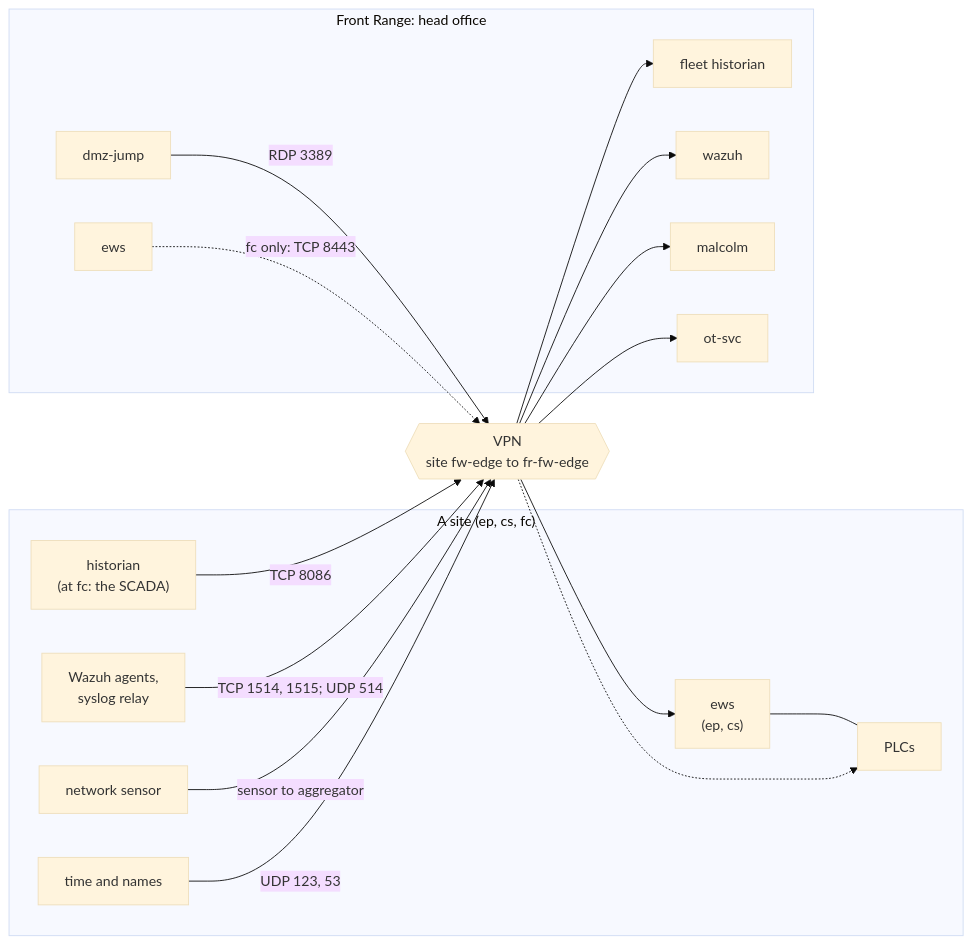
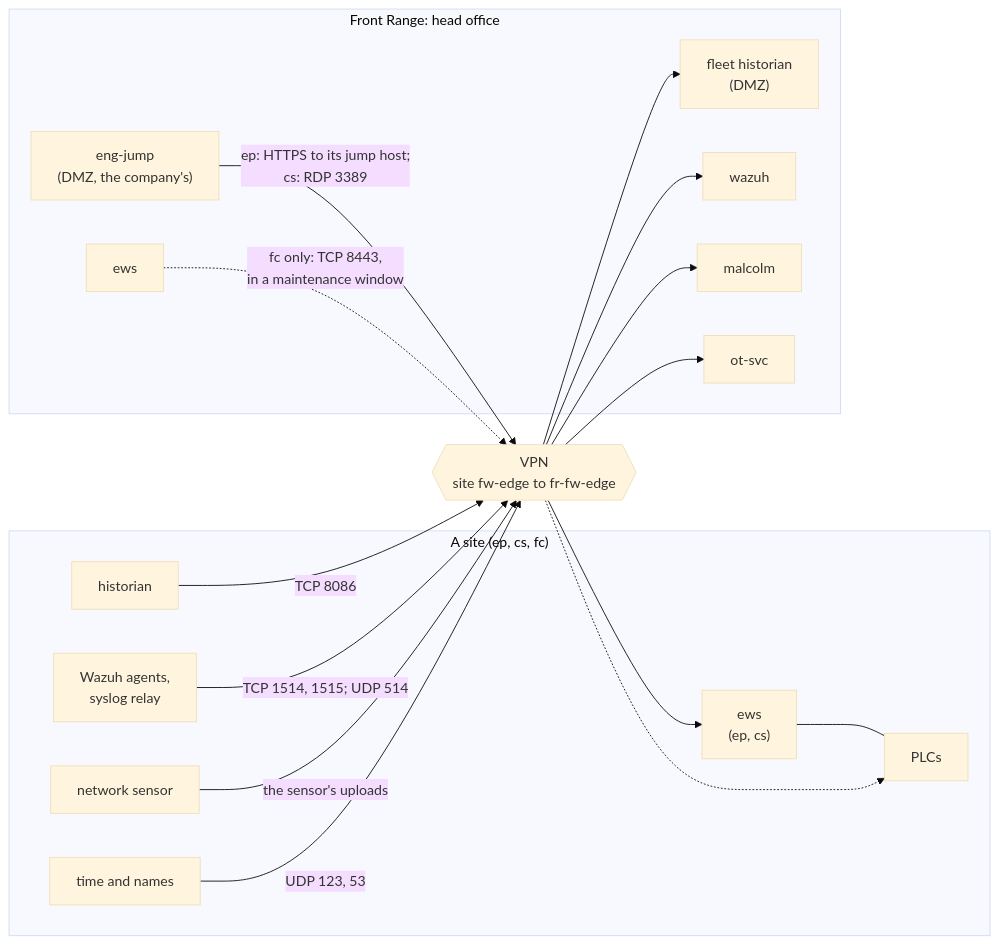
One commit to GhostofGoes/brew changed the sixth of 10 diagrams in docs/multisite/PLANS.md. Above: the diagram before and after it, drawn with Mermaid (base theme). The commit also changed other lines of this file and 2 other files, not shown here.

First line of the commit message:
docs(cherrymountain): revise the fleet plans after review, and add the regional analysis

````diff
--- a/docs/multisite/PLANS.md
+++ b/docs/multisite/PLANS.md
@@ -649,27 +736,27 @@
 ```mermaid
 flowchart LR
   subgraph SITE["A site (ep, cs, fc)"]
-    SH["historian<br/>(at fc: the SCADA)"]
+    SH["historian"]
     SA["Wazuh agents,<br/>syslog relay"]
     SE["ews<br/>(ep, cs)"]
     SS["time and names"]
     SN["network sensor"]
     SP["PLCs"]
   end
   VPN{{"VPN<br/>site fw-edge to fr-fw-edge"}}
   subgraph HQ["Front Range: head office"]
-    FH["fleet historian"]
+    FH["fleet historian<br/>(DMZ)"]
     WZ["wazuh"]
     MA["malcolm"]
-    JP["dmz-jump"]
+    JP["eng-jump<br/>(DMZ, the company's)"]
     FE["ews"]
     FS["ot-svc"]
   end
   SH -->|"TCP 8086"| VPN --> FH
   SA -->|"TCP 1514, 1515; UDP 514"| VPN --> WZ
-  SN -->|"sensor to aggregator"| VPN --> MA
+  SN -->|"the sensor's uploads"| VPN --> MA
   SS -->|"UDP 123, 53"| VPN --> FS
-  JP -->|"RDP 3389"| VPN --> SE
+  JP -->|"ep: HTTPS to its jump host;<br/>cs: RDP 3389"| VPN --> SE
   SE --- SP
-  FE -.->|"fc only: TCP 8443"| VPN -.-> SP
+  FE -.->|"fc only: TCP 8443,<br/>in a maintenance window"| VPN -.-> SP
 ```
````
